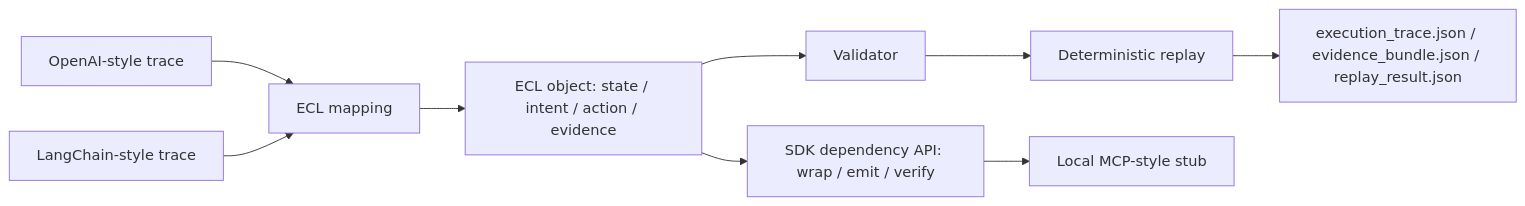
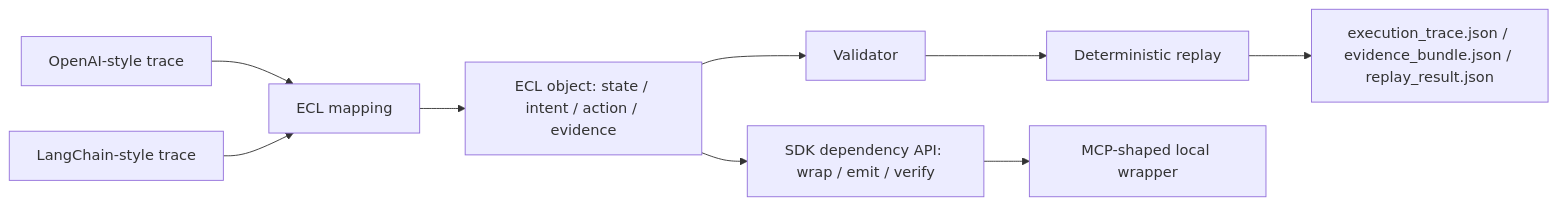
The diagram in release/v0.1/paper/ECL_PAPER_v0_1.md (joy7758/ecl-execution-compact-layer), drawn with Mermaid before and after one commit. The commit also changed other lines of this file and 34 other files, not shown here.

````diff
--- a/release/v0.1/paper/ECL_PAPER_v0_1.md
+++ b/release/v0.1/paper/ECL_PAPER_v0_1.md
@@ -213,11 +213,11 @@
 ```mermaid
 flowchart LR
   OA["OpenAI-style trace"] --> MAP["ECL mapping"]
   LC["LangChain-style trace"] --> MAP
   MAP --> ECL["ECL object: state / intent / action / evidence"]
   ECL --> VAL["Validator"]
   VAL --> REP["Deterministic replay"]
   REP --> ART["execution_trace.json / evidence_bundle.json / replay_result.json"]
   ECL --> SDK["SDK dependency API: wrap / emit / verify"]
-  SDK --> MCP["Local MCP-style stub"]
+  SDK --> MCP["MCP-shaped local wrapper"]
 ```
````
